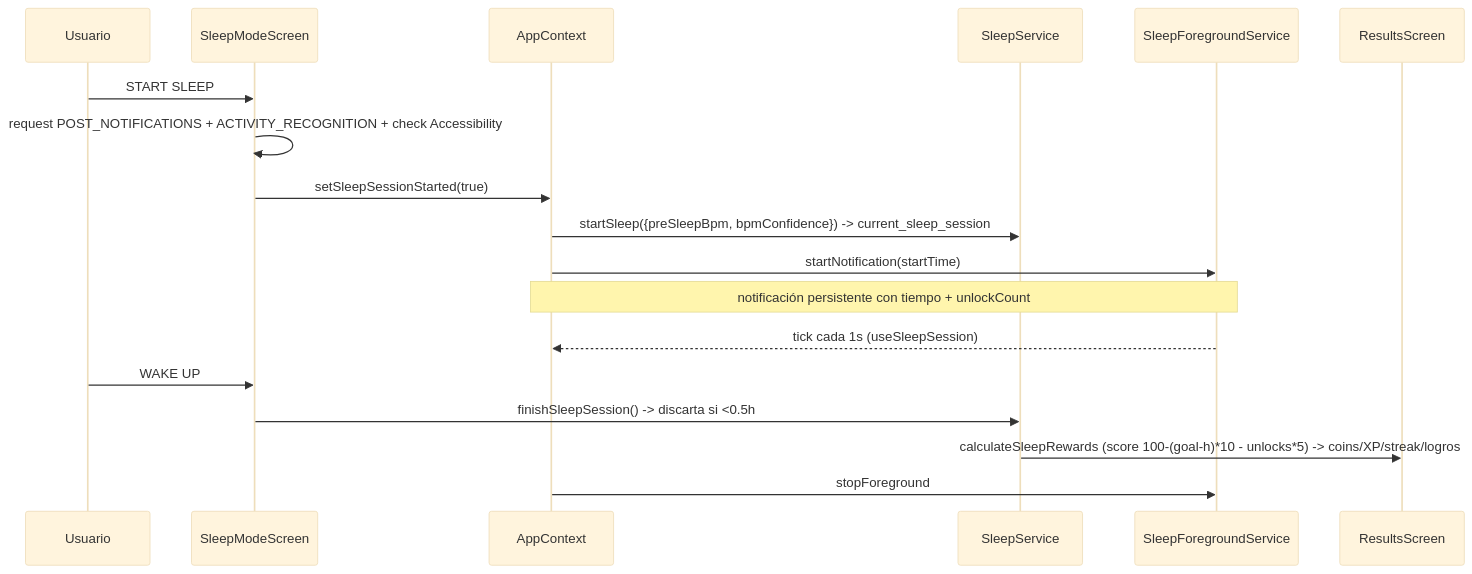
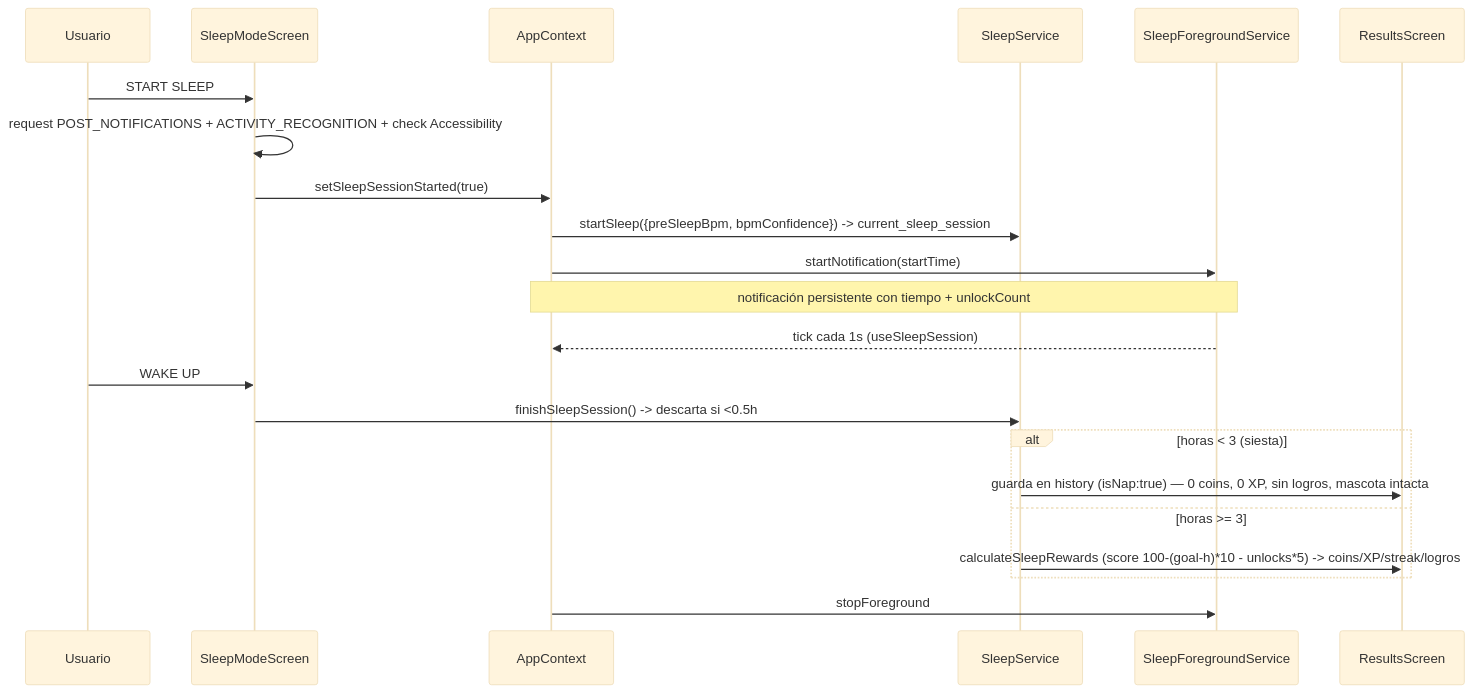
One commit to YovanyPerez/SleepPet changed the second of 5 diagrams in ARCHITECTURE.md. Above: the diagram before and after it, drawn with Mermaid (base theme). The commit also changed other lines of this file and 32 other files, not shown here.

Commit message:
movimiento nocturno (acelerometro) + fix desbloqueos en SleepPet + siestas sin recompensa + stats pulso/movimiento + bump 1.1.0

````diff
--- a/ARCHITECTURE.md
+++ b/ARCHITECTURE.md
@@ -95,20 +96,24 @@
 ```mermaid
 sequenceDiagram
   participant U as Usuario
   participant SM as SleepModeScreen
   participant Ctx as AppContext
   participant Svc as SleepService
   participant FG as SleepForegroundService
   participant R as ResultsScreen
   U->>SM: START SLEEP
   SM->>SM: request POST_NOTIFICATIONS + ACTIVITY_RECOGNITION + check Accessibility
   SM->>Ctx: setSleepSessionStarted(true)
   Ctx->>Svc: startSleep({preSleepBpm, bpmConfidence}) -> current_sleep_session
   Ctx->>FG: startNotification(startTime)
   Note over Ctx,FG: notificación persistente con tiempo + unlockCount
   FG-->>Ctx: tick cada 1s (useSleepSession)
   U->>SM: WAKE UP
-  SM->>Svc: finishSleepSession() -> discarta si <0.5h
-  Svc->>R: calculateSleepRewards (score 100-(goal-h)*10 - unlocks*5) -> coins/XP/streak/logros
+  SM->>Svc: finishSleepSession() -> descarta si <0.5h
+  alt horas < 3 (siesta)
+    Svc->>R: guarda en history (isNap:true) — 0 coins, 0 XP, sin logros, mascota intacta
+  else horas >= 3
+    Svc->>R: calculateSleepRewards (score 100-(goal-h)*10 - unlocks*5) -> coins/XP/streak/logros
+  end
   Ctx->>FG: stopForeground
 ```
````
